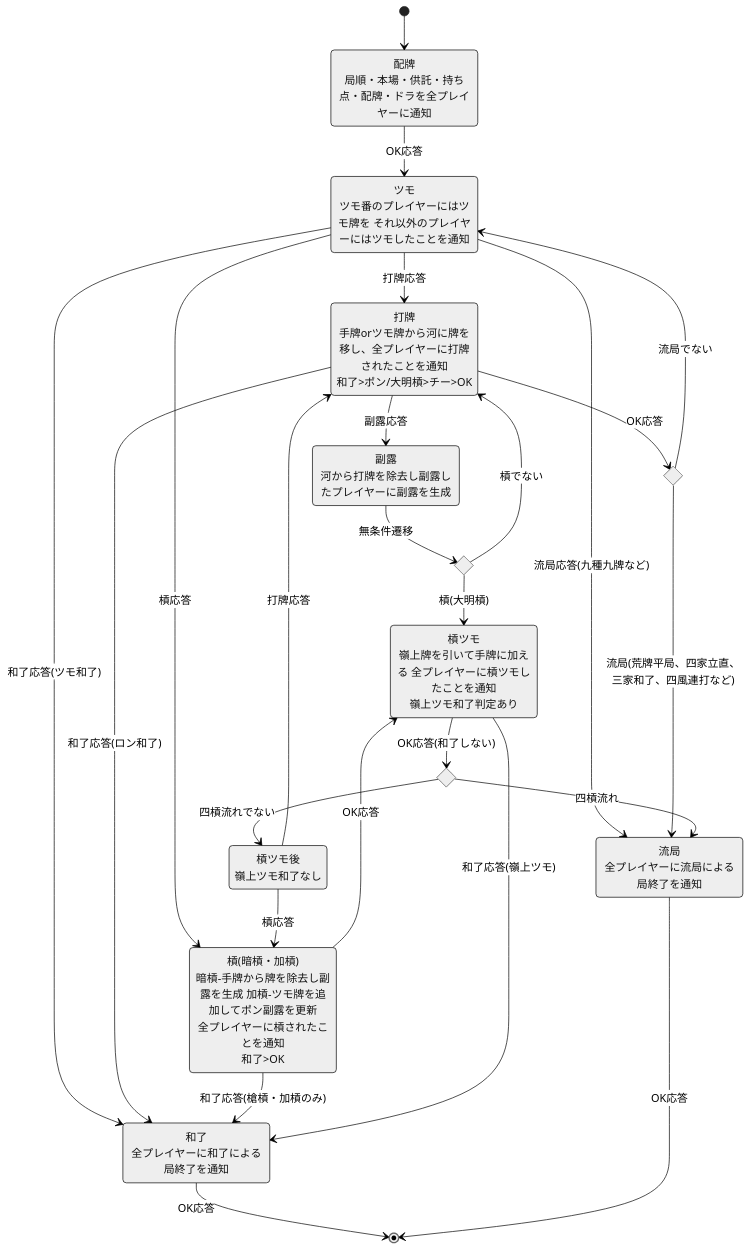
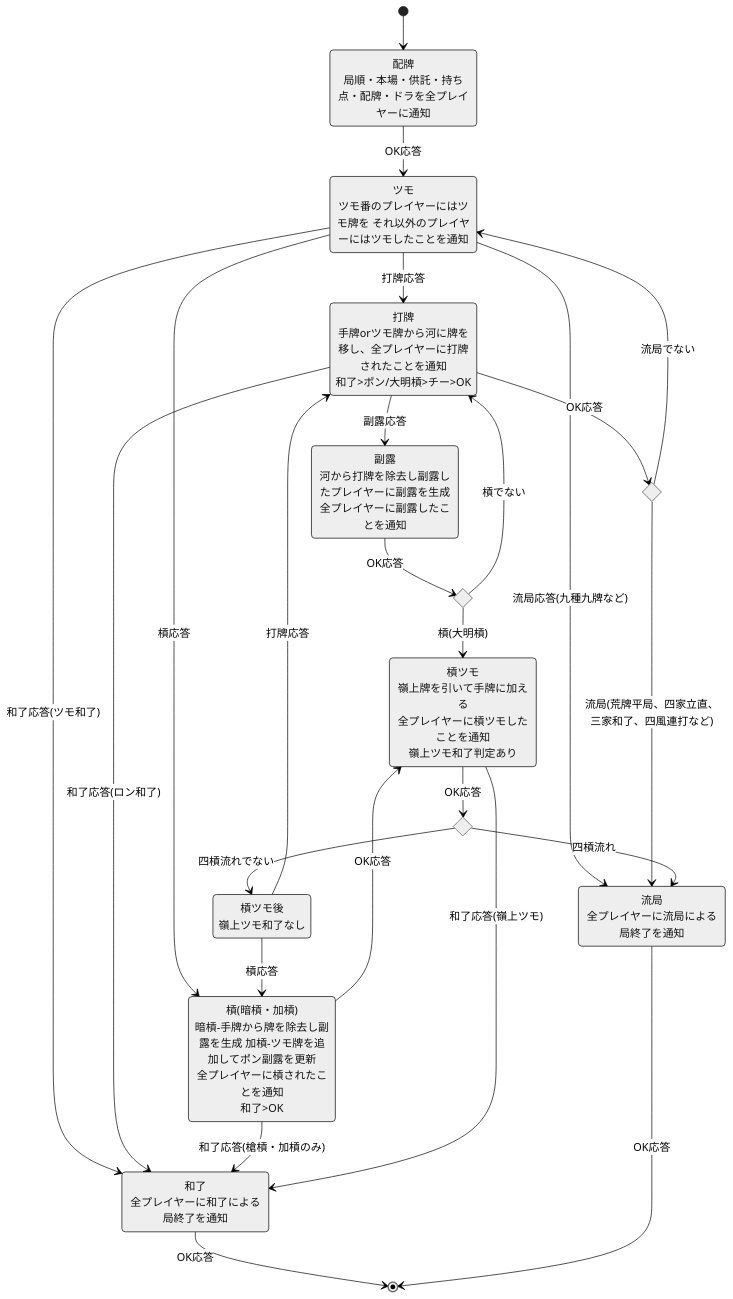
The second of 2 diagrams in docs/Design.md (huurou/Mahjong4), drawn with Mermaid (neutral theme) before and after one commit. The commit also changed other lines of this file and 125 other files, not shown here.

````diff
--- a/docs/Design.md
+++ b/docs/Design.md
@@ -66,40 +66,40 @@
 ```mermaid
 stateDiagram-v2
     Haipai: 配牌<br>局順・本場・供託・持ち点・配牌・ドラを全プレイヤーに通知
     Tsumo: ツモ<br>ツモ番のプレイヤーにはツモ牌を それ以外のプレイヤーにはツモしたことを通知
     Dahai: 打牌<br>手牌orツモ牌から河に牌を移し、全プレイヤーに打牌されたことを通知<br>和了>ポン/大明槓>チー>OK
     state ChoiceDahai <<choice>>
-    Call: 副露<br>河から打牌を除去し副露したプレイヤーに副露を生成
+    Call: 副露<br>河から打牌を除去し副露したプレイヤーに副露を生成<br>全プレイヤーに副露したことを通知
     state ChoiceCall <<choice>>
     Kan: 槓(暗槓・加槓)<br>暗槓-手牌から牌を除去し副露を生成 加槓-ツモ牌を追加してポン副露を更新<br>全プレイヤーに槓されたことを通知<br>和了>OK
-    KanTsumo: 槓ツモ<br>嶺上牌を引いて手牌に加える 全プレイヤーに槓ツモしたことを通知<br>嶺上ツモ和了判定あり
+    KanTsumo: 槓ツモ<br>嶺上牌を引いて手牌に加える<br>全プレイヤーに槓ツモしたことを通知<br>嶺上ツモ和了判定あり
     AfterKanTsumo: 槓ツモ後<br>嶺上ツモ和了なし
     state ChoiceKanTsumo <<choice>>
     Win: 和了<br>全プレイヤーに和了による局終了を通知
     Ryuukyoku: 流局<br>全プレイヤーに流局による局終了を通知
 
     [*] --> Haipai
     Haipai --> Tsumo: OK応答
     Tsumo --> Dahai: 打牌応答
     Tsumo --> Kan: 槓応答
     Tsumo --> Win: 和了応答(ツモ和了)
     Tsumo --> Ryuukyoku: 流局応答(九種九牌など)
     Dahai --> Call: 副露応答
     Dahai --> Win: 和了応答(ロン和了)
     Dahai --> ChoiceDahai: OK応答
     ChoiceDahai --> Tsumo: 流局でない
     ChoiceDahai --> Ryuukyoku: 流局(荒牌平局、四家立直、三家和了、四風連打など)
-    Call --> ChoiceCall: 無条件遷移
+    Call --> ChoiceCall: OK応答
     ChoiceCall --> Dahai: 槓でない
     ChoiceCall --> KanTsumo: 槓(大明槓)
     Kan --> KanTsumo: OK応答
     Kan --> Win: 和了応答(槍槓・加槓のみ)
-    KanTsumo --> ChoiceKanTsumo: OK応答(和了しない)
+    KanTsumo --> ChoiceKanTsumo: OK応答
     KanTsumo --> Win: 和了応答(嶺上ツモ)
     ChoiceKanTsumo --> Ryuukyoku: 四槓流れ
     ChoiceKanTsumo --> AfterKanTsumo: 四槓流れでない
     AfterKanTsumo --> Kan: 槓応答
     AfterKanTsumo --> Dahai: 打牌応答
     Win --> [*]: OK応答
     Ryuukyoku --> [*]: OK応答
 ```
````
